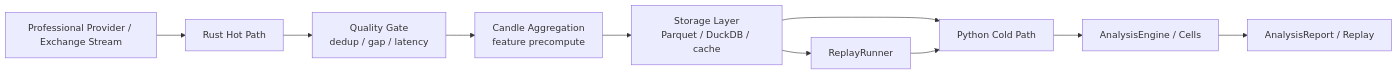
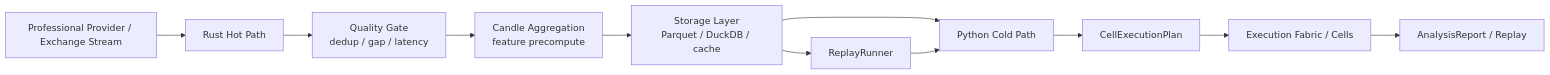
Before and after one commit to ModWU/market-cell: the diagram in docs/runtime_architecture.md, drawn with Mermaid. The commit also changed other lines of this file and 18 other files, not shown here.

Commit message:
Add cell execution fabric foundation

````diff
--- a/docs/runtime_architecture.md
+++ b/docs/runtime_architecture.md
@@ -17,13 +17,14 @@
 ```mermaid
 flowchart LR
     Provider["Professional Provider / Exchange Stream"] --> Hot["Rust Hot Path"]
     Hot --> Quality["Quality Gate<br/>dedup / gap / latency"]
     Quality --> Aggregation["Candle Aggregation<br/>feature precompute"]
     Aggregation --> Store["Storage Layer<br/>Parquet / DuckDB / cache"]
     Store --> Cold["Python Cold Path"]
-    Cold --> Cells["AnalysisEngine / Cells"]
+    Cold --> Plan["CellExecutionPlan"]
+    Plan --> Cells["Execution Fabric / Cells"]
     Cells --> Report["AnalysisReport / Replay"]
 
     Store --> Replay["ReplayRunner"]
     Replay --> Cold
 ```
````
